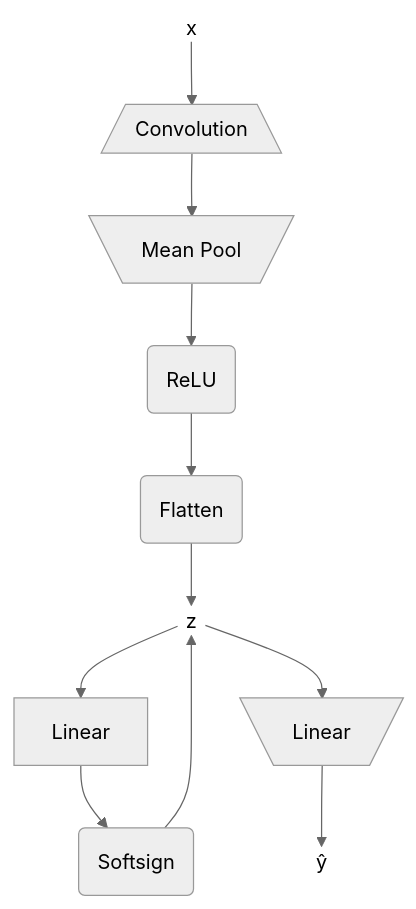
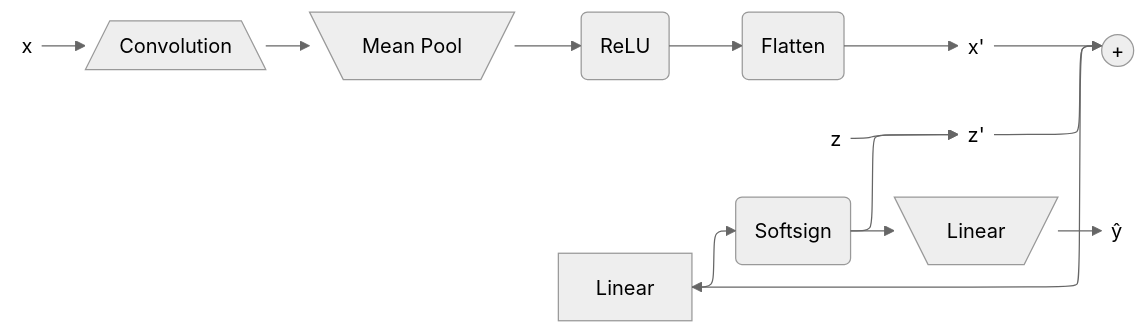
One commit to realBarry123/recurrent-classifier-sonification changed the diagram in README.md. Above: the diagram before and after it, drawn with Mermaid (neutral theme).

Commit message:
Fix flowchart

````diff
--- a/README.md
+++ b/README.md
@@ -3,9 +3,20 @@
 ```mermaid
-flowchart TD;
-    X((x))-->C[/Convolution\]-->M[\Mean Pool/]-->R(ReLU)-->F(Flatten)-->Z((z));
-    Z-->Linear-->S(Softsign)-->Z;
-    Z-->O[\Linear/]-->Y((ŷ));
+---
+config:
+    layout: elk
+    elk:
+        mergeEdges: true
+        nodePlacementStrategy: NETWORK_SIMPLEX
+---
+flowchart LR;
+    X((x))-->C[/Convolution\]-->M[\Mean Pool/]-->R(ReLU)-->F(Flatten)-->X'((x'))-->P((+));
+    Z'((z'))-->P
+    Z((z)) --> Z'
+    P-->Linear-->S(Softsign)-->Z';
+    S-->O[\Linear/]-->Y((ŷ));
     style X fill: none, stroke: none
+    style X' fill: none, stroke: none
     style Y fill: none, stroke: none
     style Z fill: none, stroke: none
+    style Z' fill: none, stroke: none
 ```
````
